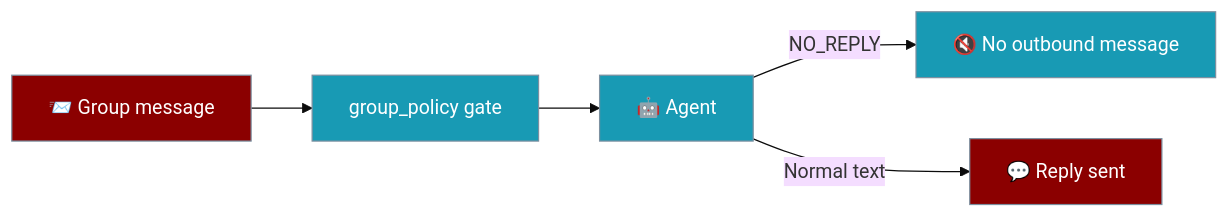
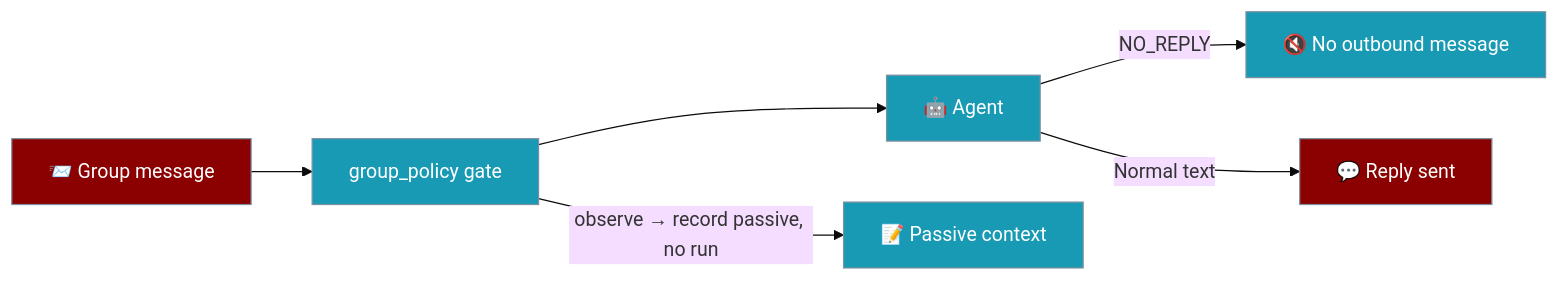
One commit to MervinPraison/PraisonAIDocs changed the first of 4 diagrams in docs/features/bot-intentional-silence.mdx. Above: the diagram before and after it, drawn with Mermaid (base theme). The commit also changed other lines of this file and 6 other files, not shown here.

First line of the commit message:
docs: document observe group_policy (passive group context) (fixes #2359)

````diff
--- a/docs/features/bot-intentional-silence.mdx
+++ b/docs/features/bot-intentional-silence.mdx
@@ -28,14 +28,15 @@
 ```mermaid
 graph LR
     Msg[📨 Group message] --> Policy[group_policy gate]
     Policy --> Agent[🤖 Agent]
+    Policy -->|observe → record passive, no run| Passive[📝 Passive context]
     Agent -->|NO_REPLY| Silent[🔇 No outbound message]
     Agent -->|Normal text| Reply[💬 Reply sent]
 
     classDef agent fill:#8B0000,stroke:#7C90A0,color:#fff
     classDef tool fill:#189AB4,stroke:#7C90A0,color:#fff
 
     class Msg,Reply agent
-    class Policy,Agent,Silent tool
+    class Policy,Agent,Silent,Passive tool
 
 ```
````
